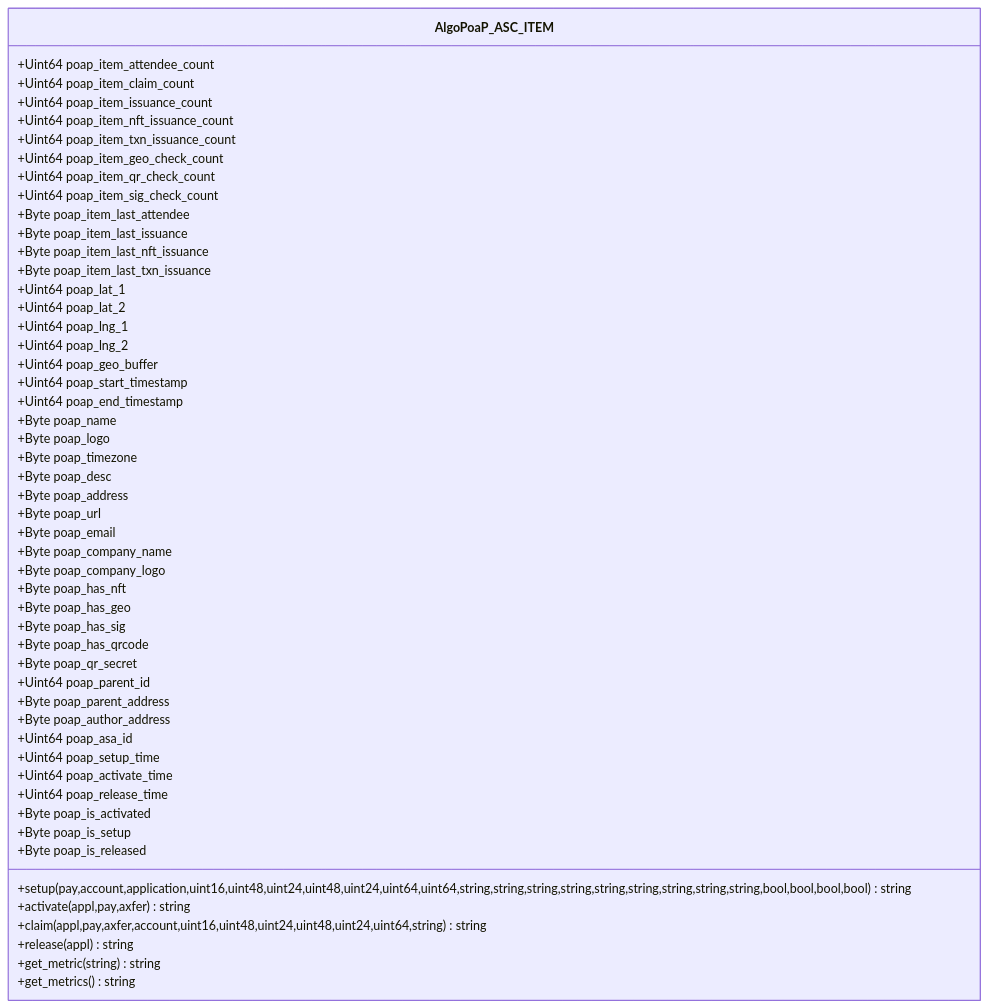
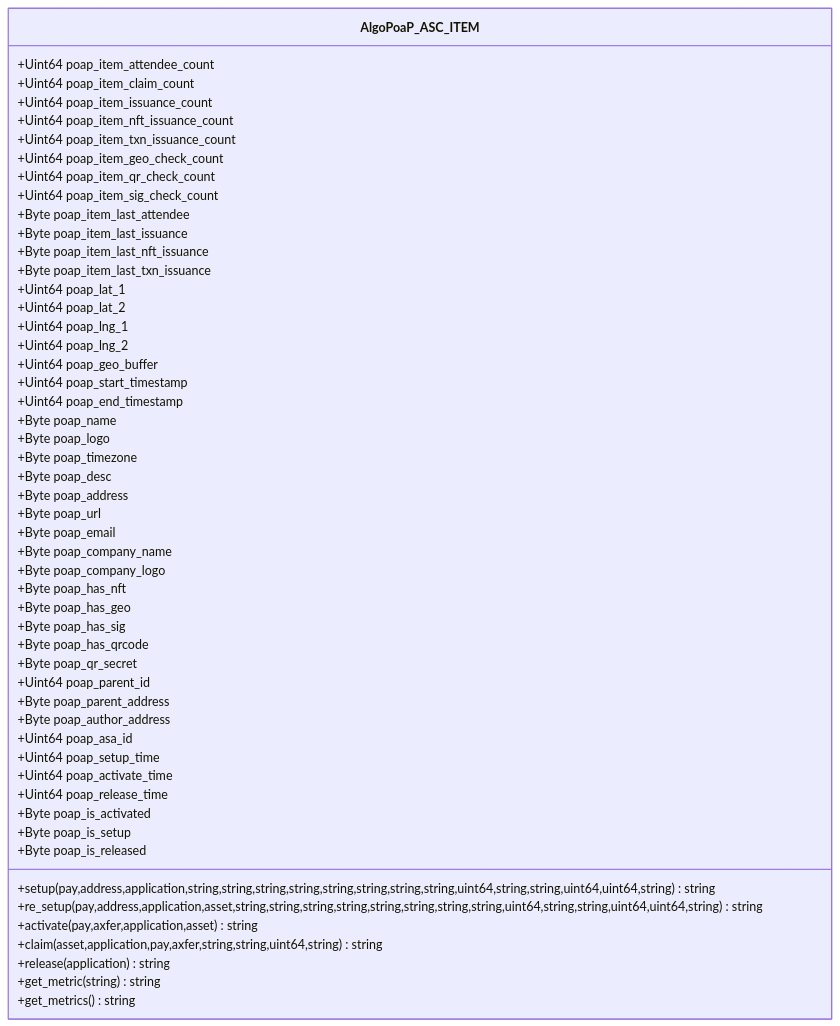
Before and after one commit to GoPlausible/.github: the tenth of 10 diagrams in profile/README.md, drawn with Mermaid.

````diff
--- a/profile/README.md
+++ b/profile/README.md
@@ -612,71 +612,72 @@
 ```mermaid
   classDiagram
     class AlgoPoaP_ASC_ITEM
     AlgoPoaP_ASC_ITEM : +Uint64 poap_item_attendee_count
     AlgoPoaP_ASC_ITEM : +Uint64 poap_item_claim_count
     AlgoPoaP_ASC_ITEM : +Uint64 poap_item_issuance_count
     AlgoPoaP_ASC_ITEM : +Uint64 poap_item_nft_issuance_count
     AlgoPoaP_ASC_ITEM : +Uint64 poap_item_txn_issuance_count
 
     AlgoPoaP_ASC_ITEM : +Uint64 poap_item_geo_check_count
     AlgoPoaP_ASC_ITEM : +Uint64 poap_item_qr_check_count
     AlgoPoaP_ASC_ITEM : +Uint64 poap_item_sig_check_count
 
   
     AlgoPoaP_ASC_ITEM : +Byte poap_item_last_attendee
     AlgoPoaP_ASC_ITEM : +Byte poap_item_last_issuance
     AlgoPoaP_ASC_ITEM : +Byte poap_item_last_nft_issuance
     AlgoPoaP_ASC_ITEM : +Byte poap_item_last_txn_issuance
 
 
     AlgoPoaP_ASC_ITEM : +Uint64 poap_lat_1
     AlgoPoaP_ASC_ITEM : +Uint64 poap_lat_2
     AlgoPoaP_ASC_ITEM : +Uint64 poap_lng_1
     AlgoPoaP_ASC_ITEM : +Uint64 poap_lng_2
     AlgoPoaP_ASC_ITEM : +Uint64 poap_geo_buffer
     AlgoPoaP_ASC_ITEM : +Uint64 poap_start_timestamp
     AlgoPoaP_ASC_ITEM : +Uint64 poap_end_timestamp
     AlgoPoaP_ASC_ITEM : +Byte poap_name
     AlgoPoaP_ASC_ITEM : +Byte poap_logo
     AlgoPoaP_ASC_ITEM : +Byte poap_timezone
     AlgoPoaP_ASC_ITEM : +Byte poap_desc
     AlgoPoaP_ASC_ITEM : +Byte poap_address
     AlgoPoaP_ASC_ITEM : +Byte poap_url
     AlgoPoaP_ASC_ITEM : +Byte poap_email
     AlgoPoaP_ASC_ITEM : +Byte poap_company_name
     AlgoPoaP_ASC_ITEM : +Byte poap_company_logo
     AlgoPoaP_ASC_ITEM : +Byte poap_has_nft
     AlgoPoaP_ASC_ITEM : +Byte poap_has_geo
     AlgoPoaP_ASC_ITEM : +Byte poap_has_sig
     AlgoPoaP_ASC_ITEM : +Byte poap_has_qrcode
     AlgoPoaP_ASC_ITEM : +Byte poap_qr_secret
 
 
     AlgoPoaP_ASC_ITEM : +Uint64 poap_parent_id
     AlgoPoaP_ASC_ITEM : +Byte poap_parent_address
     AlgoPoaP_ASC_ITEM : +Byte poap_author_address
     AlgoPoaP_ASC_ITEM : +Uint64 poap_asa_id
 
     AlgoPoaP_ASC_ITEM : +Uint64 poap_setup_time
     AlgoPoaP_ASC_ITEM : +Uint64 poap_activate_time
     AlgoPoaP_ASC_ITEM : +Uint64 poap_release_time
 
 
      AlgoPoaP_ASC_ITEM : +Byte poap_is_activated
     AlgoPoaP_ASC_ITEM : +Byte poap_is_setup
     AlgoPoaP_ASC_ITEM : +Byte poap_is_released
 
 
 
  
 
-    AlgoPoaP_ASC_ITEM : +setup(pay,account,application,uint16,uint48,uint24,uint48,uint24,uint64,uint64,string,string,string,string,string,string,string,string,string,bool,bool,bool,bool)string
-    AlgoPoaP_ASC_ITEM : +activate(appl,pay,axfer)string
-    AlgoPoaP_ASC_ITEM : +claim(appl,pay,axfer,account,uint16,uint48,uint24,uint48,uint24,uint64,string)string
-    AlgoPoaP_ASC_ITEM : +release(appl)string
+    AlgoPoaP_ASC_ITEM : +setup(pay,address,application,string,string,string,string,string,string,string,string,uint64,string,string,uint64,uint64,string)string
+    AlgoPoaP_ASC_ITEM : +re_setup(pay,address,application,asset,string,string,string,string,string,string,string,string,uint64,string,string,uint64,uint64,string)string
+    AlgoPoaP_ASC_ITEM : +activate(pay,axfer,application,asset)string
+    AlgoPoaP_ASC_ITEM : +claim(asset,application,pay,axfer,string,string,uint64,string)string
+    AlgoPoaP_ASC_ITEM : +release(application)string
     AlgoPoaP_ASC_ITEM : +get_metric(string)string
     AlgoPoaP_ASC_ITEM : +get_metrics()string
     
   
     
 ```
````
